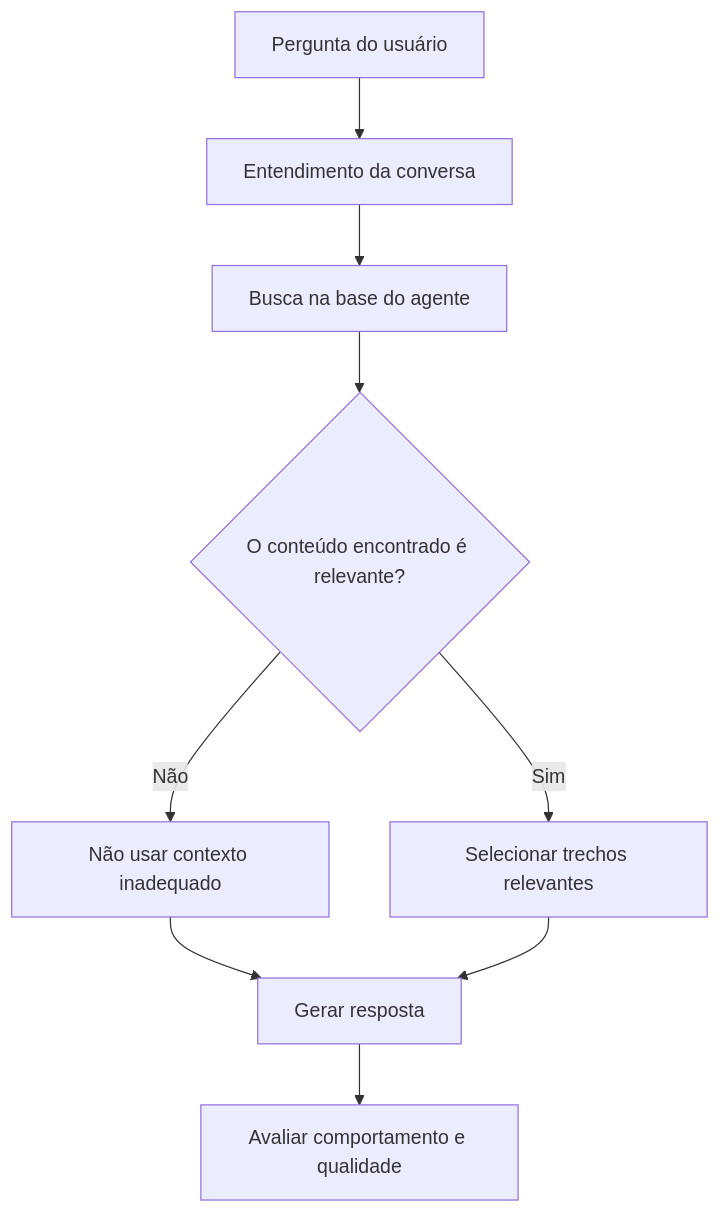
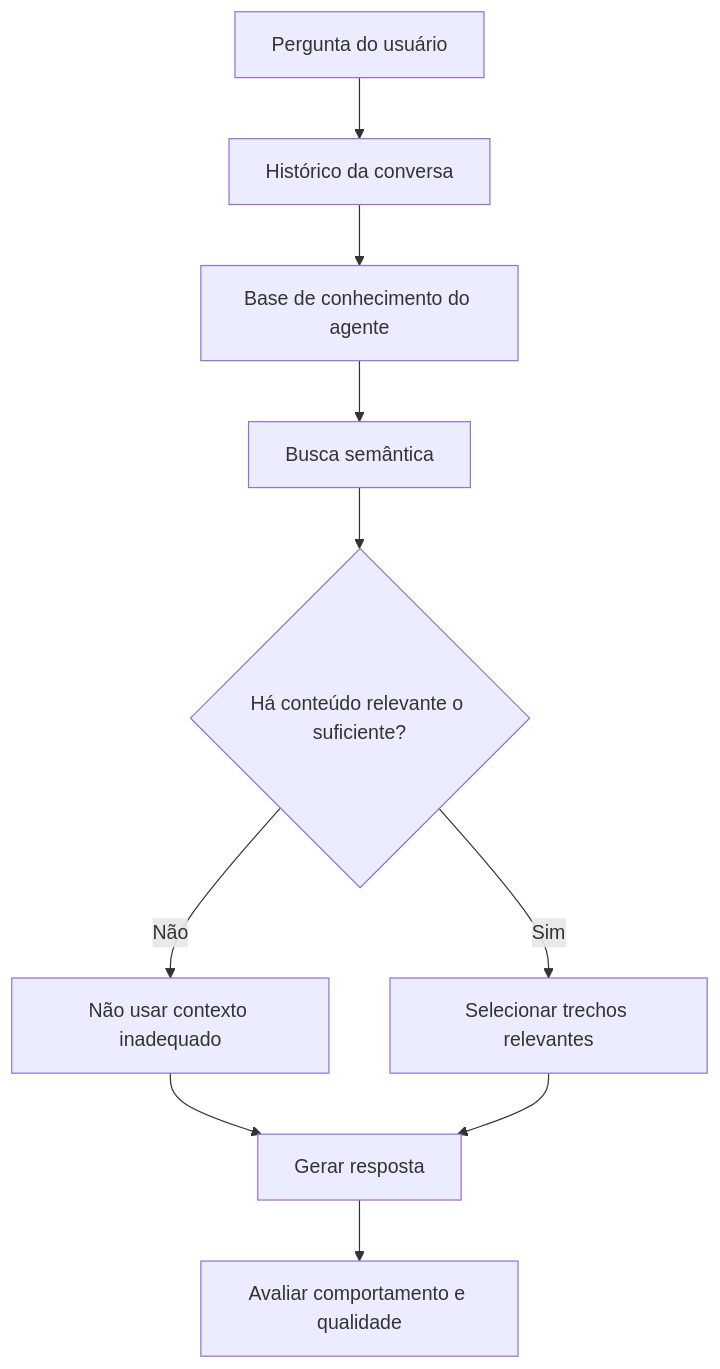
Before and after one commit to brendast-ai/ai-engineering-case-study: the diagram in README.md, drawn with Mermaid. The commit also changed other lines of this file, not shown here.

````diff
--- a/README.md
+++ b/README.md
@@ -37,11 +43,12 @@
 ```mermaid
 flowchart TD
-    A[Pergunta do usuário] --> B[Entendimento da conversa]
-    B --> C[Busca na base do agente]
-    C --> D{O conteúdo encontrado é relevante?}
-    D -- Não --> E[Não usar contexto inadequado]
-    D -- Sim --> F[Selecionar trechos relevantes]
-    E --> G[Gerar resposta]
-    F --> G
-    G --> H[Avaliar comportamento e qualidade]
+    A[Pergunta do usuário] --> B[Histórico da conversa]
+    B --> C[Base de conhecimento do agente]
+    C --> D[Busca semântica]
+    D --> E{Há conteúdo relevante o suficiente?}
+    E -- Não --> F[Não usar contexto inadequado]
+    E -- Sim --> G[Selecionar trechos relevantes]
+    F --> H[Gerar resposta]
+    G --> H
+    H --> I[Avaliar comportamento e qualidade]
 ```
````
